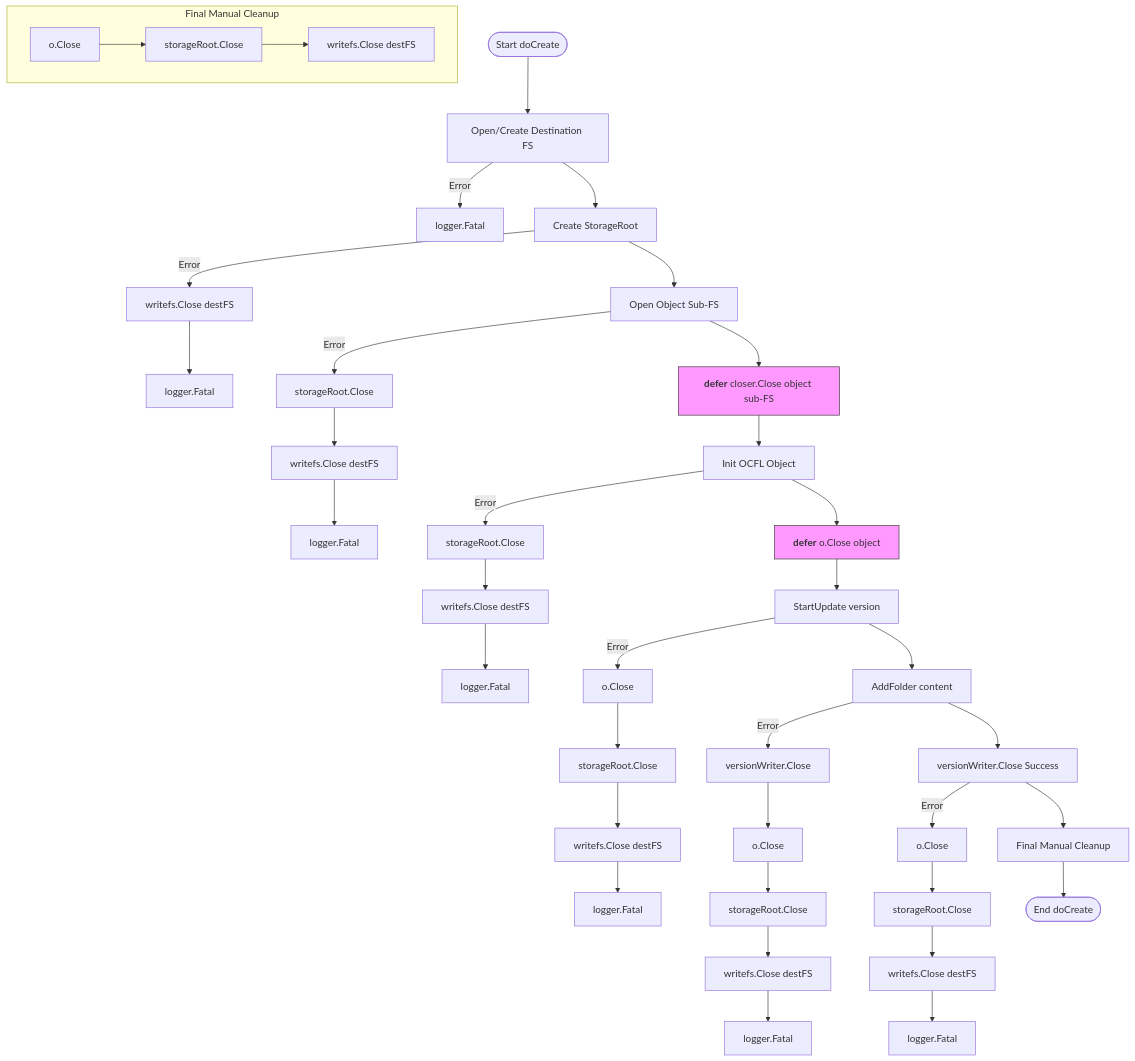
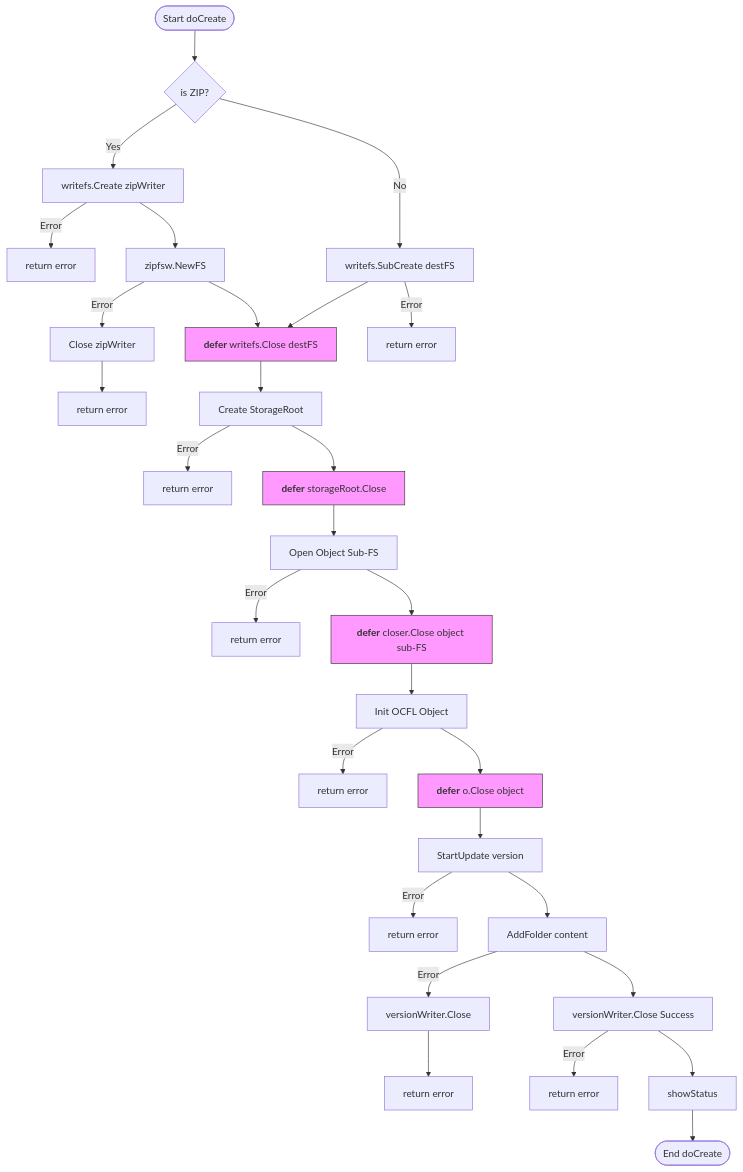
The second of 2 diagrams in gocfl/cmd/docs/create.md (ocfl-archive/gocfl-cli), drawn with Mermaid before and after one commit. The commit also changed other lines of this file and 1 other file, not shown here.

Commit message:
Refactor `create` command: replace `Run` with `RunE` in Cobra configuration, enhance error handling with `errors` package, and streamline resource cleanup using `defer`.

````diff
--- a/gocfl/cmd/docs/create.md
+++ b/gocfl/cmd/docs/create.md
@@ -79,38 +82,45 @@
 ```mermaid
 graph TD
-    Start([Start doCreate]) --> OpenDest[Open/Create Destination FS]
-    OpenDest -- Error --> Fatal1[logger.Fatal]
+    Start([Start doCreate]) --> IsZip{is ZIP?}
     
-    OpenDest --> OpenSR[Create StorageRoot]
-    OpenSR -- Error --> CloseFS1[writefs.Close destFS] --> Fatal2[logger.Fatal]
+    IsZip -- Yes --> CreateZip[writefs.Create zipWriter]
+    CreateZip -- Error --> ReturnErrZip[return error]
+    CreateZip --> InitZipFS[zipfsw.NewFS]
+    InitZipFS -- Error --> CloseZipW[Close zipWriter] --> ReturnErrFS1[return error]
+    InitZipFS --> DefFS
     
-    OpenSR --> OpenSub[Open Object Sub-FS]
-    OpenSub -- Error --> CloseSR1[storageRoot.Close] --> CloseFS2[writefs.Close destFS] --> Fatal3[logger.Fatal]
+    IsZip -- No --> SubCreate[writefs.SubCreate destFS]
+    SubCreate -- Error --> ReturnErrFS2[return error]
+    SubCreate --> DefFS
+
+    DefFS[<b>defer</b> writefs.Close destFS] --> OpenSR[Create StorageRoot]
+    OpenSR -- Error --> ReturnErr2[return error]
+    
+    OpenSR --> DefSR[<b>defer</b> storageRoot.Close]
+    DefSR --> OpenSub[Open Object Sub-FS]
+    OpenSub -- Error --> ReturnErr3[return error]
     
     OpenSub --> DefSub[<b>defer</b> closer.Close object sub-FS]
     
     DefSub --> InitObj[Init OCFL Object]
-    InitObj -- Error --> CloseSR2[storageRoot.Close] --> CloseFS3[writefs.Close destFS] --> Fatal4[logger.Fatal]
+    InitObj -- Error --> ReturnErr4[return error]
     
     InitObj --> DefObj[<b>defer</b> o.Close object]
     
     DefObj --> StartUpd[StartUpdate version]
-    StartUpd -- Error --> CloseObj1[o.Close] --> CloseSR3[storageRoot.Close] --> CloseFS4[writefs.Close destFS] --> Fatal5[logger.Fatal]
+    StartUpd -- Error --> ReturnErr5[return error]
     
     StartUpd --> AddFold[AddFolder content]
-    AddFold -- Error --> CloseVW1[versionWriter.Close] --> CloseObj2[o.Close] --> CloseSR4[storageRoot.Close] --> CloseFS5[writefs.Close destFS] --> Fatal6[logger.Fatal]
+    AddFold -- Error --> CloseVW1[versionWriter.Close] --> ReturnErr6[return error]
     
     AddFold --> CloseVW2[versionWriter.Close Success]
-    CloseVW2 -- Error --> CloseObj3[o.Close] --> CloseSR5[storageRoot.Close] --> CloseFS6[writefs.Close destFS] --> Fatal7[logger.Fatal]
+    CloseVW2 -- Error --> ReturnErr7[return error]
     
-    CloseVW2 --> FinalClose[Final Manual Cleanup]
-    
-    subgraph Final Manual Cleanup
-        MCloseObj[o.Close] --> MCloseSR[storageRoot.Close] --> MCloseFS[writefs.Close destFS]
-    end
-    
-    FinalClose --> End([End doCreate])
+    CloseVW2 --> ShowStatus[showStatus]
+    ShowStatus --> End([End doCreate])
 
+    style DefFS fill:#f9f,stroke:#333
+    style DefSR fill:#f9f,stroke:#333
     style DefSub fill:#f9f,stroke:#333
     style DefObj fill:#f9f,stroke:#333
 ```
````
